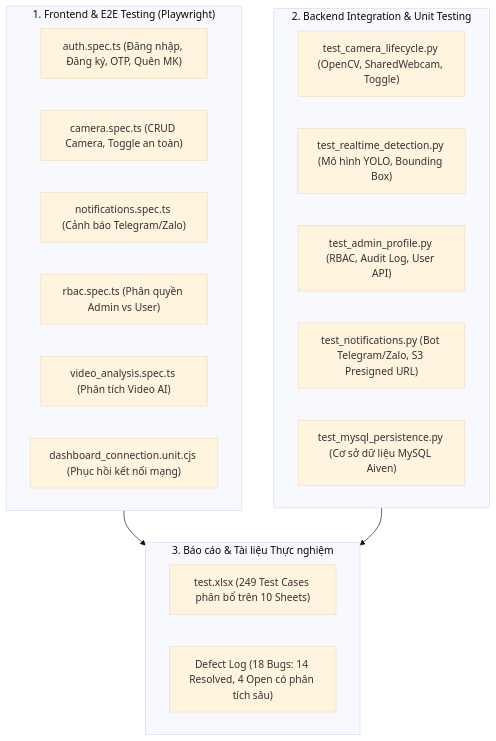
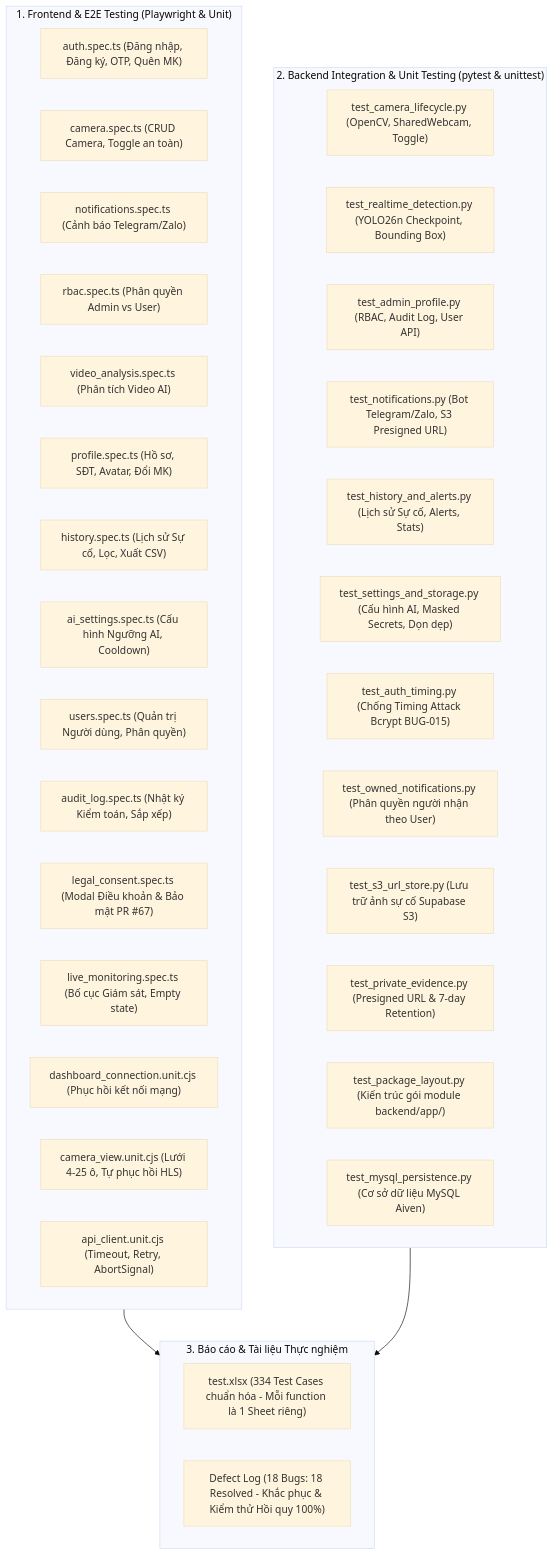
The diagram in huong_dan_test.md (tranvanhuy13/FireGuard), drawn with Mermaid (base theme) before and after one commit. The commit also changed other lines of this file and 43 other files, not shown here.

````diff
--- a/huong_dan_test.md
+++ b/huong_dan_test.md
@@ -31,27 +31,43 @@
 ```mermaid
 flowchart TD
-    subgraph UI_E2E["1. Frontend & E2E Testing (Playwright)"]
+    subgraph UI_E2E["1. Frontend & E2E Testing (Playwright & Unit)"]
         A1["auth.spec.ts (Đăng nhập, Đăng ký, OTP, Quên MK)"]
         A2["camera.spec.ts (CRUD Camera, Toggle an toàn)"]
         A3["notifications.spec.ts (Cảnh báo Telegram/Zalo)"]
         A4["rbac.spec.ts (Phân quyền Admin vs User)"]
         A5["video_analysis.spec.ts (Phân tích Video AI)"]
-        A6["dashboard_connection.unit.cjs (Phục hồi kết nối mạng)"]
+        A6["profile.spec.ts (Hồ sơ, SĐT, Avatar, Đổi MK)"]
+        A7["history.spec.ts (Lịch sử Sự cố, Lọc, Xuất CSV)"]
+        A8["ai_settings.spec.ts (Cấu hình Ngưỡng AI, Cooldown)"]
+        A9["users.spec.ts (Quản trị Người dùng, Phân quyền)"]
+        A10["audit_log.spec.ts (Nhật ký Kiểm toán, Sắp xếp)"]
+        A11["legal_consent.spec.ts (Modal Điều khoản & Bảo mật PR #67)"]
+        A12["live_monitoring.spec.ts (Bố cục Giám sát, Empty state)"]
+        A13["dashboard_connection.unit.cjs (Phục hồi kết nối mạng)"]
+        A14["camera_view.unit.cjs (Lưới 4-25 ô, Tự phục hồi HLS)"]
+        A15["api_client.unit.cjs (Timeout, Retry, AbortSignal)"]
     end
 
-    subgraph BACKEND_TEST["2. Backend Integration & Unit Testing"]
+    subgraph BACKEND_TEST["2. Backend Integration & Unit Testing (pytest & unittest)"]
         B1["test_camera_lifecycle.py (OpenCV, SharedWebcam, Toggle)"]
-        B2["test_realtime_detection.py (Mô hình YOLO, Bounding Box)"]
+        B2["test_realtime_detection.py (YOLO26n Checkpoint, Bounding Box)"]
         B3["test_admin_profile.py (RBAC, Audit Log, User API)"]
         B4["test_notifications.py (Bot Telegram/Zalo, S3 Presigned URL)"]
-        B5["test_mysql_persistence.py (Cơ sở dữ liệu MySQL Aiven)"]
+        B5["test_history_and_alerts.py (Lịch sử Sự cố, Alerts, Stats)"]
+        B6["test_settings_and_storage.py (Cấu hình AI, Masked Secrets, Dọn dẹp)"]
+        B7["test_auth_timing.py (Chống Timing Attack Bcrypt BUG-015)"]
+        B8["test_owned_notifications.py (Phân quyền người nhận theo User)"]
+        B9["test_s3_url_store.py (Lưu trữ ảnh sự cố Supabase S3)"]
+        B10["test_private_evidence.py (Presigned URL & 7-day Retention)"]
+        B11["test_package_layout.py (Kiến trúc gói module backend/app/)"]
+        B12["test_mysql_persistence.py (Cơ sở dữ liệu MySQL Aiven)"]
     end
 
     subgraph REPORT["3. Báo cáo & Tài liệu Thực nghiệm"]
-        C1["test.xlsx (249 Test Cases phân bổ trên 10 Sheets)"]
-        C2["Defect Log (18 Bugs: 14 Resolved, 4 Open có phân tích sâu)"]
+        C1["test.xlsx (334 Test Cases chuẩn hóa - Mỗi function là 1 Sheet riêng)"]
+        C2["Defect Log (18 Bugs: 18 Resolved - Khắc phục & Kiểm thử Hồi quy 100%)"]
     end
 
     UI_E2E --> REPORT
     BACKEND_TEST --> REPORT
 ```
````
